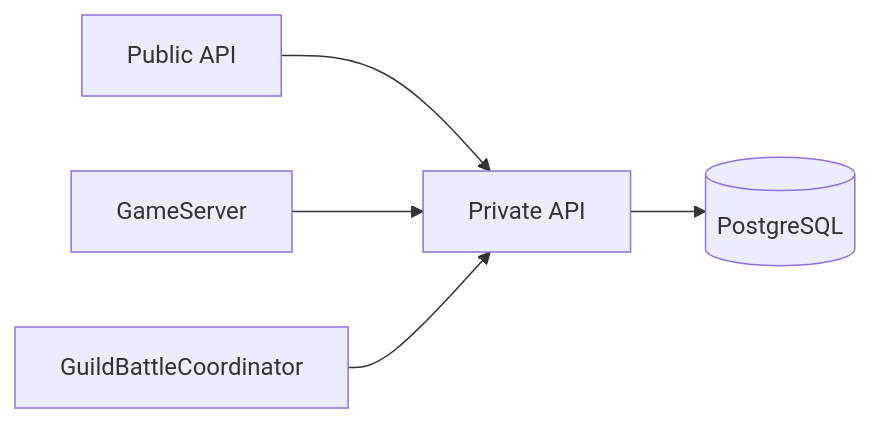
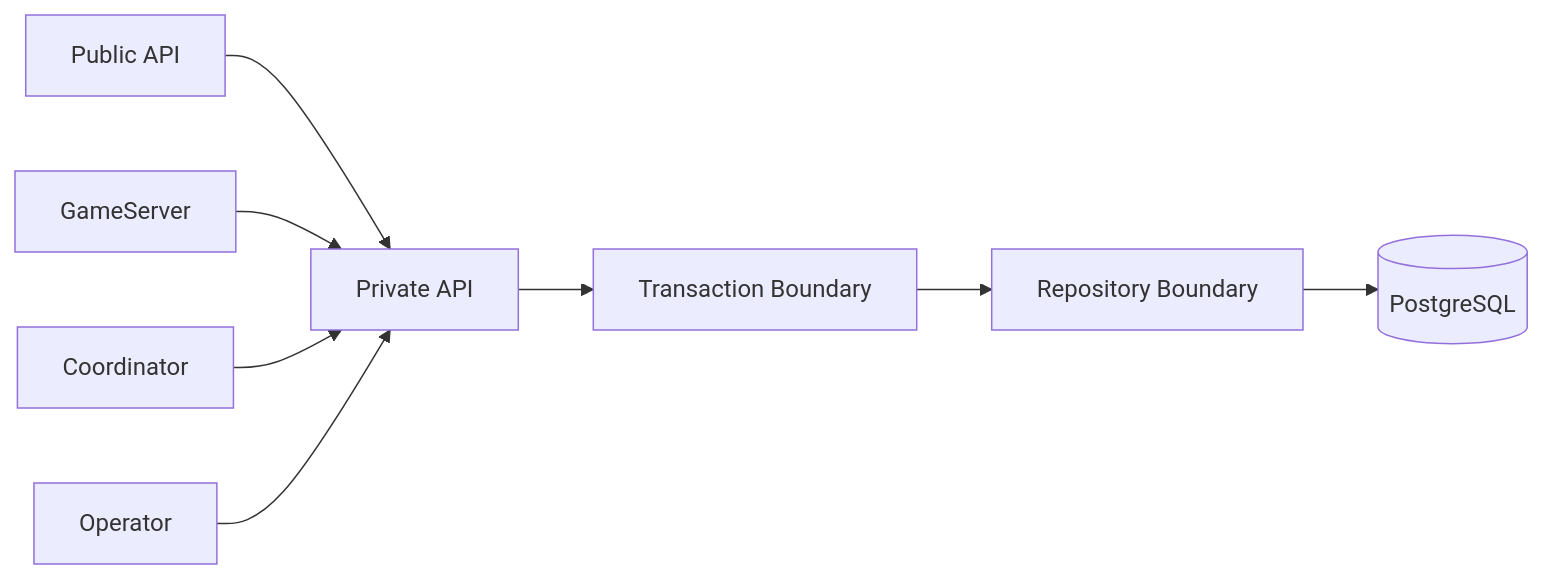
Before and after one commit to ReHydrangeaOdyssey/Specifications: the first of 2 diagrams in design/programming/server/persistence.md, drawn with Mermaid. The commit also changed other lines of this file and 35 other files, not shown here.

````diff
--- a/design/programming/server/persistence.md
+++ b/design/programming/server/persistence.md
@@ -11,7 +9,10 @@
 ```mermaid
 flowchart LR
     Public[Public API] --> Private[Private API]
     Game[GameServer] --> Private
-    Coord[GuildBattleCoordinator] --> Private
-    Private --> DB[(PostgreSQL)]
+    Coord[Coordinator] --> Private
+    Operator[Operator] --> Private
+    Private --> Tx[Transaction Boundary]
+    Tx --> Repo[Repository Boundary]
+    Repo --> DB[(PostgreSQL)]
 ```
````
